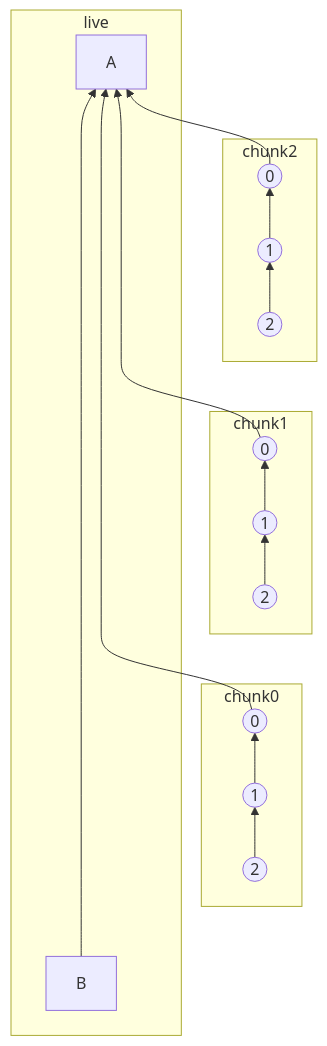
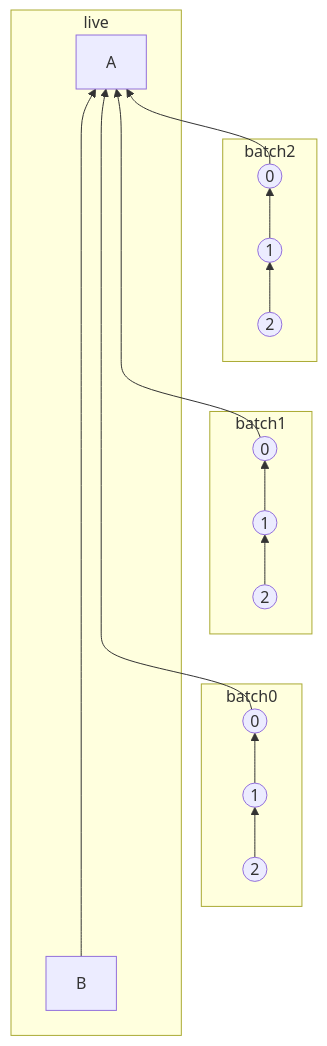
The first of 3 diagrams in proposals/2716-batch-send-historical-messages.md (matrix-org/matrix-spec-proposals), drawn with Mermaid before and after one commit. The commit also changed other lines of this file, not shown here.

````diff
--- a/proposals/2716-batch-send-historical-messages.md
+++ b/proposals/2716-batch-send-historical-messages.md
@@ -261,30 +261,30 @@
 ```mermaid
 flowchart BT
     subgraph live
         B -------------> A
     end
     
-    subgraph chunk0
-        chunk0-2(("2")) --> chunk0-1((1)) --> chunk0-0((0))
+    subgraph batch0
+        batch0-2(("2")) --> batch0-1((1)) --> batch0-0((0))
     end
 
-    subgraph chunk1
-        chunk1-2(("2")) --> chunk1-1((1)) --> chunk1-0((0))
+    subgraph batch1
+        batch1-2(("2")) --> batch1-1((1)) --> batch1-0((0))
     end
     
-    subgraph chunk2
-        chunk2-2(("2")) --> chunk2-1((1)) --> chunk2-0((0))
+    subgraph batch2
+        batch2-2(("2")) --> batch2-1((1)) --> batch2-0((0))
     end
 
     
-    chunk0-0 -------> A
-    chunk1-0 --> A
-    chunk2-0 --> A
+    batch0-0 -------> A
+    batch1-0 --> A
+    batch2-0 --> A
     
     %% alignment links 
-    chunk0-0 --- chunk1-2
-    chunk1-0 --- chunk2-2
+    batch0-0 --- batch1-2
+    batch1-0 --- batch2-2
     %% make the links invisible 
     linkStyle 10 stroke-width:2px,fill:none,stroke:none;
     linkStyle 11 stroke-width:2px,fill:none,stroke:none;
 ```
````
